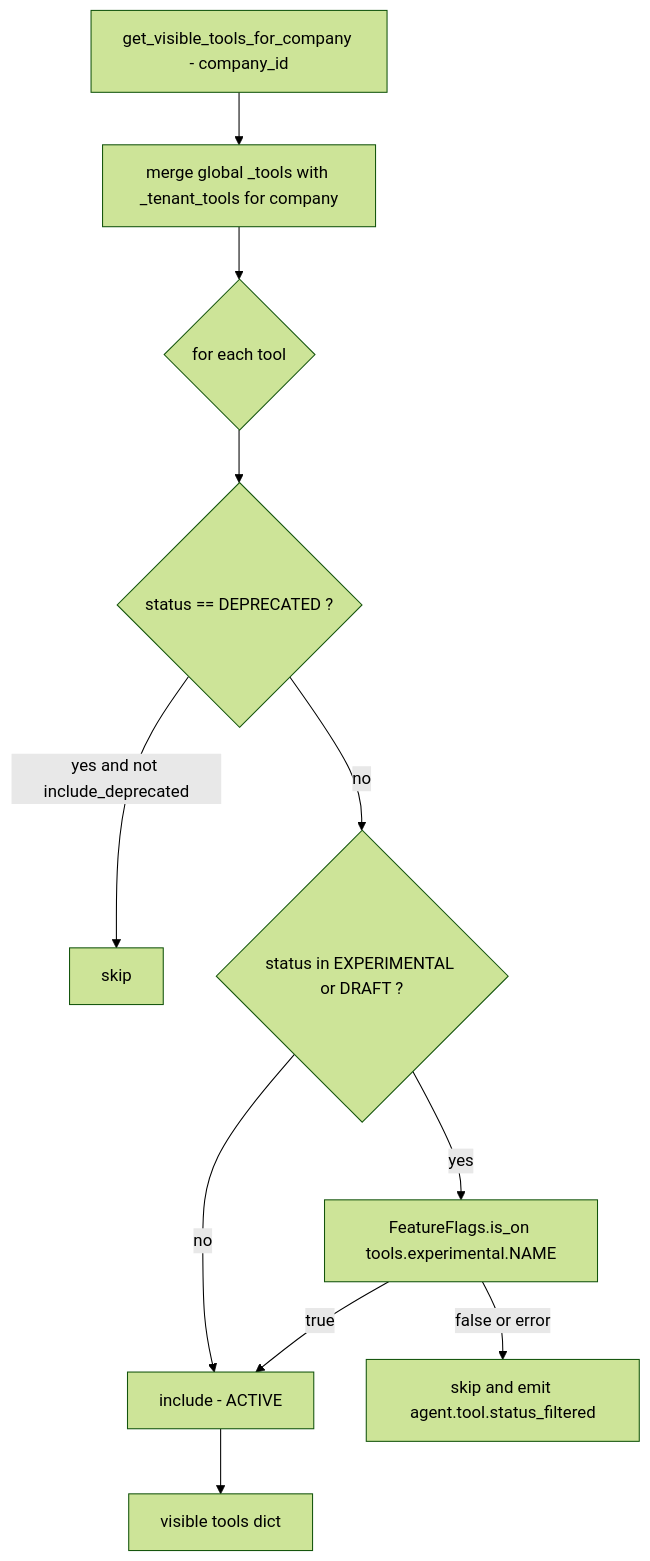
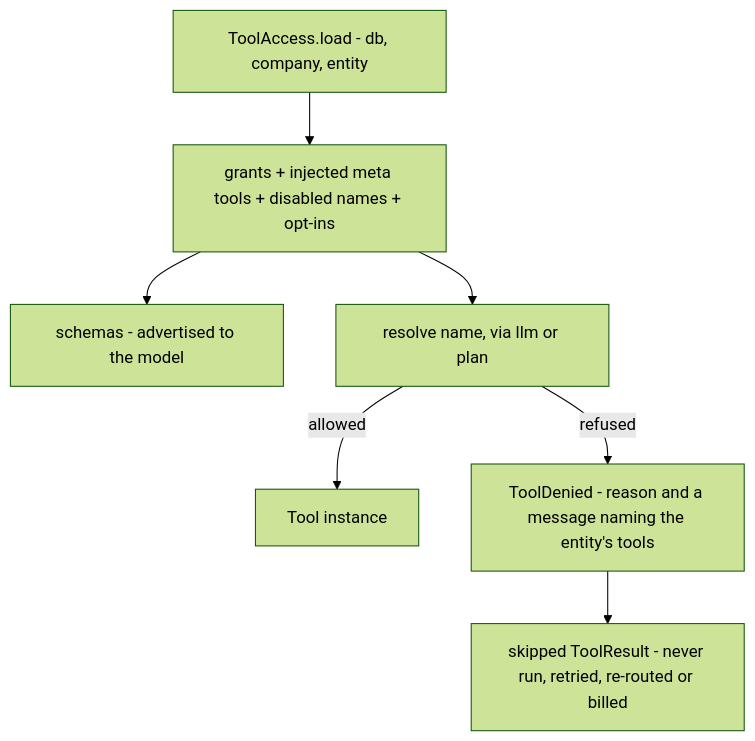
Before and after one commit to gondolerahul/hire-buddha-app: the third of 23 diagrams in docs/current/09-tools.md, drawn with Mermaid (forest theme). The commit also changed other lines of this file and 23 other files, not shown here.

````diff
--- a/docs/current/09-tools.md
+++ b/docs/current/09-tools.md
@@ -187,13 +201,9 @@
 ```mermaid
 flowchart TD
-    S["get_visible_tools_for_company - company_id"] --> M["merge global _tools with _tenant_tools for company"]
-    M --> L{"for each tool"}
-    L --> D{"status == DEPRECATED ?"}
-    D -->|yes and not include_deprecated| X1["skip"]
-    D -->|no| E{"status in EXPERIMENTAL or DRAFT ?"}
-    E -->|no| K["include - ACTIVE"]
-    E -->|yes| F["FeatureFlags.is_on tools.experimental.NAME"]
-    F -->|true| K
-    F -->|false or error| X2["skip and emit agent.tool.status_filtered"]
-    K --> OUT["visible tools dict"]
+    L["ToolAccess.load - db, company, entity"] --> A["grants + injected meta tools + disabled names + opt-ins"]
+    A --> S["schemas - advertised to the model"]
+    A --> R["resolve name, via llm or plan"]
+    R -->|allowed| T["Tool instance"]
+    R -->|refused| D["ToolDenied - reason and a message naming the entity's tools"]
+    D --> X["skipped ToolResult - never run, retried, re-routed or billed"]
 ```
````
